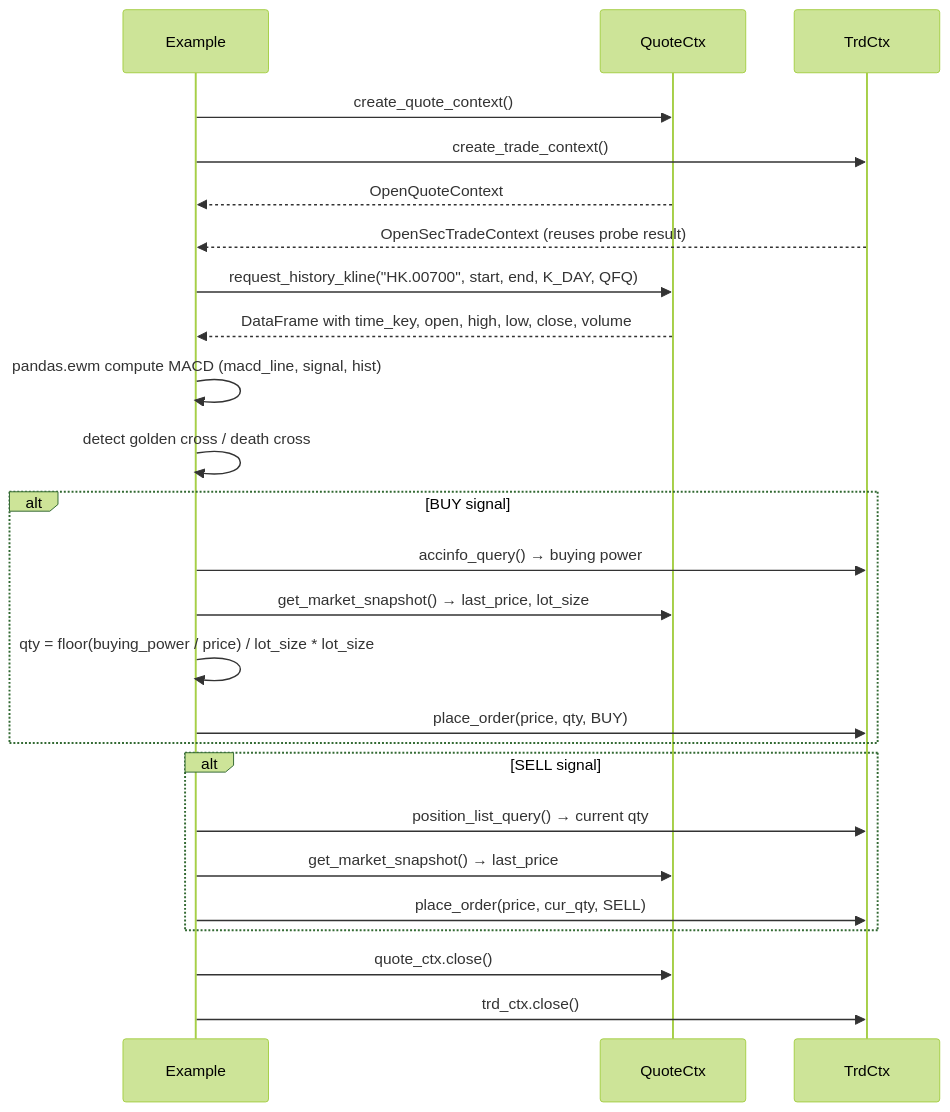
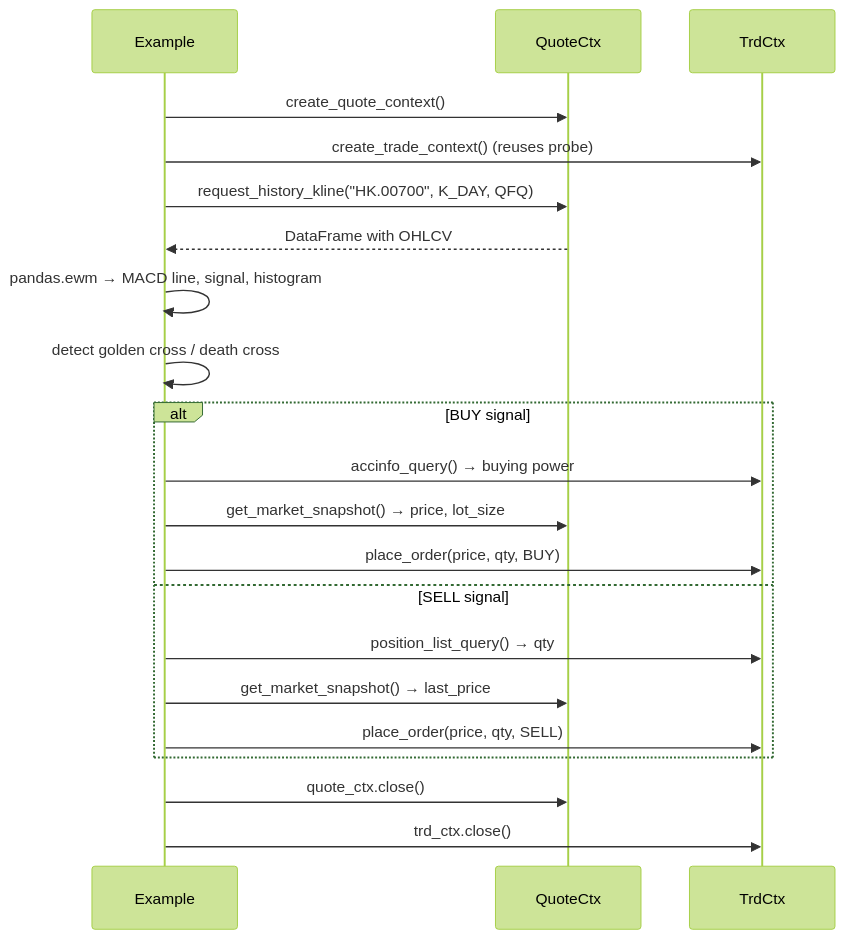
One commit to shing1211/futu-python-samples changed the fifth of 6 diagrams in ARCHITECTURE.md. Above: the diagram before and after it, drawn with Mermaid (forest theme). The commit also changed other lines of this file, not shown here.

First line of the commit message:
docs: regenerate ARCHITECTURE.md from GitNexus knowledge graph

````diff
--- a/ARCHITECTURE.md
+++ b/ARCHITECTURE.md
@@ -276,33 +431,24 @@
 ```mermaid
 sequenceDiagram
     participant Example
     participant QuoteCtx
     participant TrdCtx
 
     Example->>QuoteCtx: create_quote_context()
-    Example->>TrdCtx: create_trade_context()
-    QuoteCtx-->>Example: OpenQuoteContext
-    TrdCtx-->>Example: OpenSecTradeContext (reuses probe result)
-
-    Example->>QuoteCtx: request_history_kline("HK.00700", start, end, K_DAY, QFQ)
-    QuoteCtx-->>Example: DataFrame with time_key, open, high, low, close, volume
-
-    Example->>Example: pandas.ewm compute MACD (macd_line, signal, hist)
+    Example->>TrdCtx: create_trade_context() (reuses probe)
+    Example->>QuoteCtx: request_history_kline("HK.00700", K_DAY, QFQ)
+    QuoteCtx-->>Example: DataFrame with OHLCV
+    Example->>Example: pandas.ewm → MACD line, signal, histogram
     Example->>Example: detect golden cross / death cross
-
     alt BUY signal
         Example->>TrdCtx: accinfo_query() → buying power
-        Example->>QuoteCtx: get_market_snapshot() → last_price, lot_size
-        Example->>Example: qty = floor(buying_power / price) / lot_size * lot_size
+        Example->>QuoteCtx: get_market_snapshot() → price, lot_size
         Example->>TrdCtx: place_order(price, qty, BUY)
+    else SELL signal
+        Example->>TrdCtx: position_list_query() → qty
+        Example->>QuoteCtx: get_market_snapshot() → last_price
+        Example->>TrdCtx: place_order(price, qty, SELL)
     end
-
-    alt SELL signal
-        Example->>TrdCtx: position_list_query() → current qty
-        Example->>QuoteCtx: get_market_snapshot() → last_price
-        Example->>TrdCtx: place_order(price, cur_qty, SELL)
-    end
-
     Example->>QuoteCtx: quote_ctx.close()
     Example->>TrdCtx: trd_ctx.close()
 ```
````
